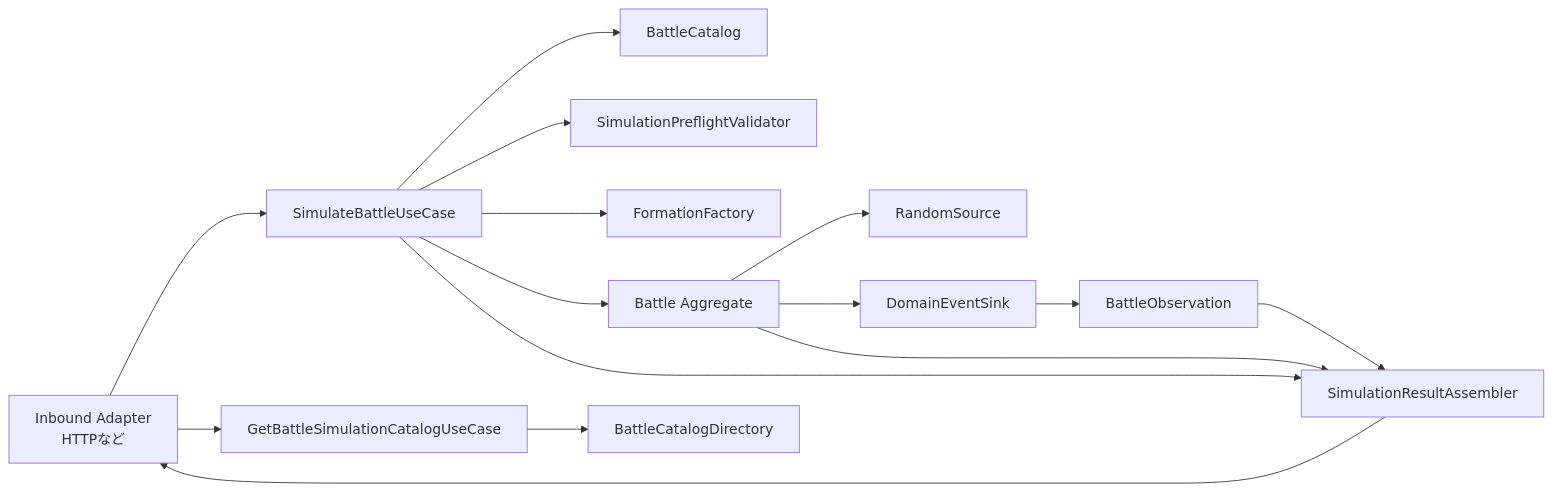
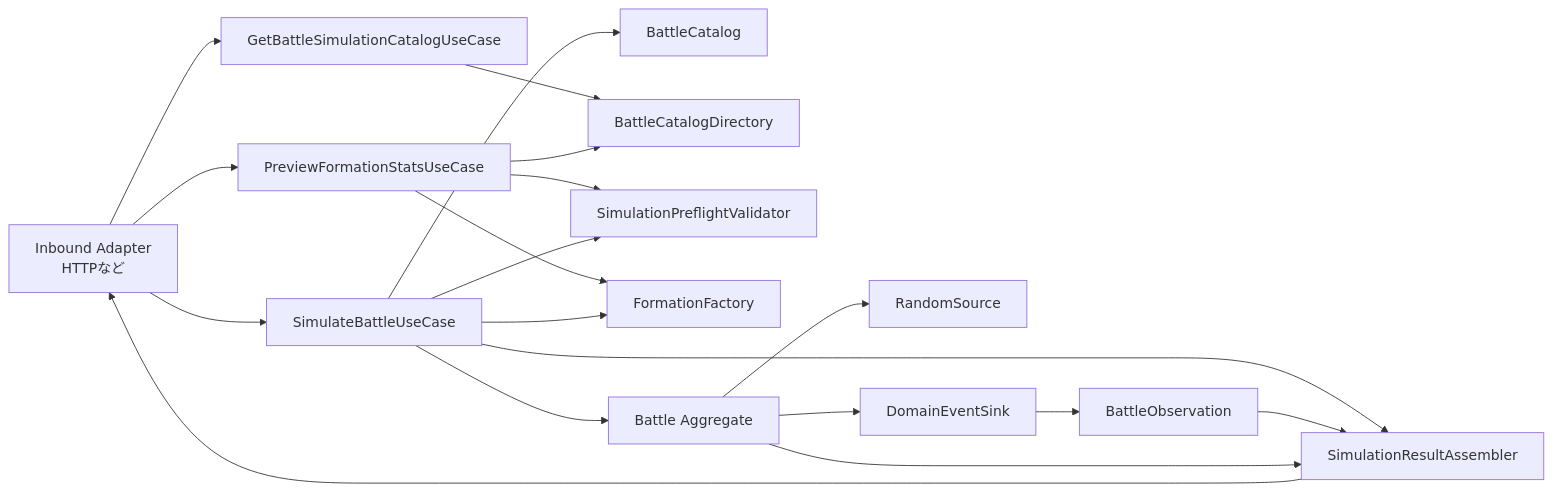
The first of 2 diagrams in docs/ddd/09_アプリケーション設計.md (komei0727/muvluvgg_battle_simulator), drawn with Mermaid before and after one commit. The commit also changed other lines of this file and 44 other files, not shown here.

````diff
--- a/docs/ddd/09_アプリケーション設計.md
+++ b/docs/ddd/09_アプリケーション設計.md
@@ -29,17 +29,21 @@
 ```mermaid
 flowchart LR
     Inbound["Inbound Adapter<br>HTTPなど"] --> UseCase["SimulateBattleUseCase"]
     Inbound --> CatalogQuery["GetBattleSimulationCatalogUseCase"]
+    Inbound --> Preview["PreviewFormationStatsUseCase"]
     UseCase --> Catalog["BattleCatalog"]
     CatalogQuery --> Directory["BattleCatalogDirectory"]
+    Preview --> Directory
+    Preview --> Validator
+    Preview --> Formation
     UseCase --> Validator["SimulationPreflightValidator"]
     UseCase --> Formation["FormationFactory"]
     UseCase --> Battle["Battle Aggregate"]
     Battle --> Random["RandomSource"]
     Battle --> Sink["DomainEventSink"]
     Sink --> Observation["BattleObservation"]
     UseCase --> Presenter["SimulationResultAssembler"]
     Observation --> Presenter
     Battle --> Presenter
     Presenter --> Inbound
 ```
````
